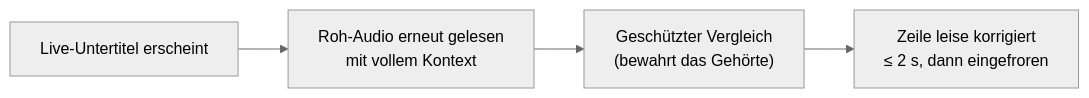
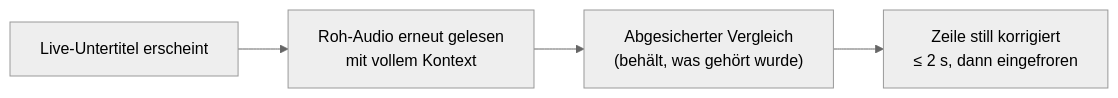
The third of 4 diagrams in README_de.md (rpalm01-star/VigilantEarLegal), drawn with Mermaid (neutral theme) before and after one commit. The commit also changed other lines of this file and 29 other files, not shown here.

````diff
--- a/README_de.md
+++ b/README_de.md
@@ -149,4 +157,4 @@
 ```mermaid
 graph LR
-    L["Live-Untertitel erscheint"] --> K["Roh-Audio erneut gelesen<br/>mit vollem Kontext"] --> V["Geschützter Vergleich<br/>(bewahrt das Gehörte)"] --> W["Zeile leise korrigiert<br/>≤ 2 s, dann eingefroren"]
+    L["Live-Untertitel erscheint"] --> K["Roh-Audio erneut gelesen<br/>mit vollem Kontext"] --> V["Abgesicherter Vergleich<br/>(behält, was gehört wurde)"] --> W["Zeile still korrigiert<br/>≤ 2 s, dann eingefroren"]
 ```
````
